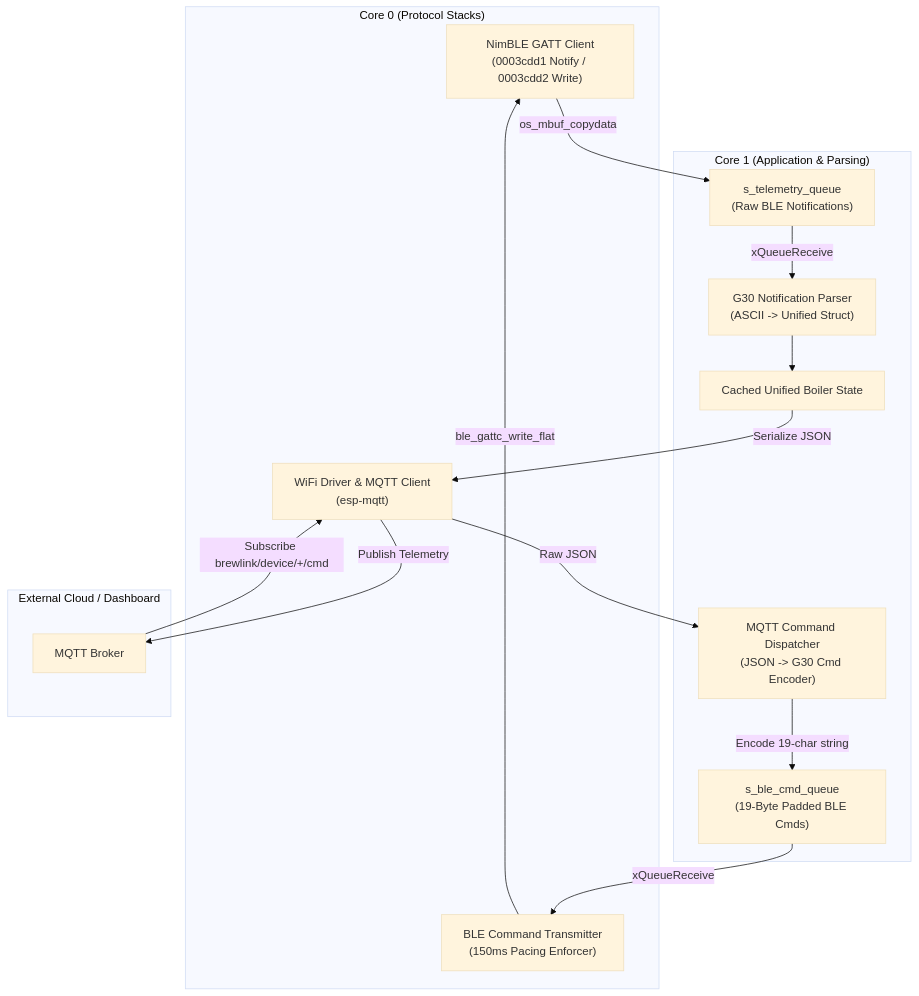
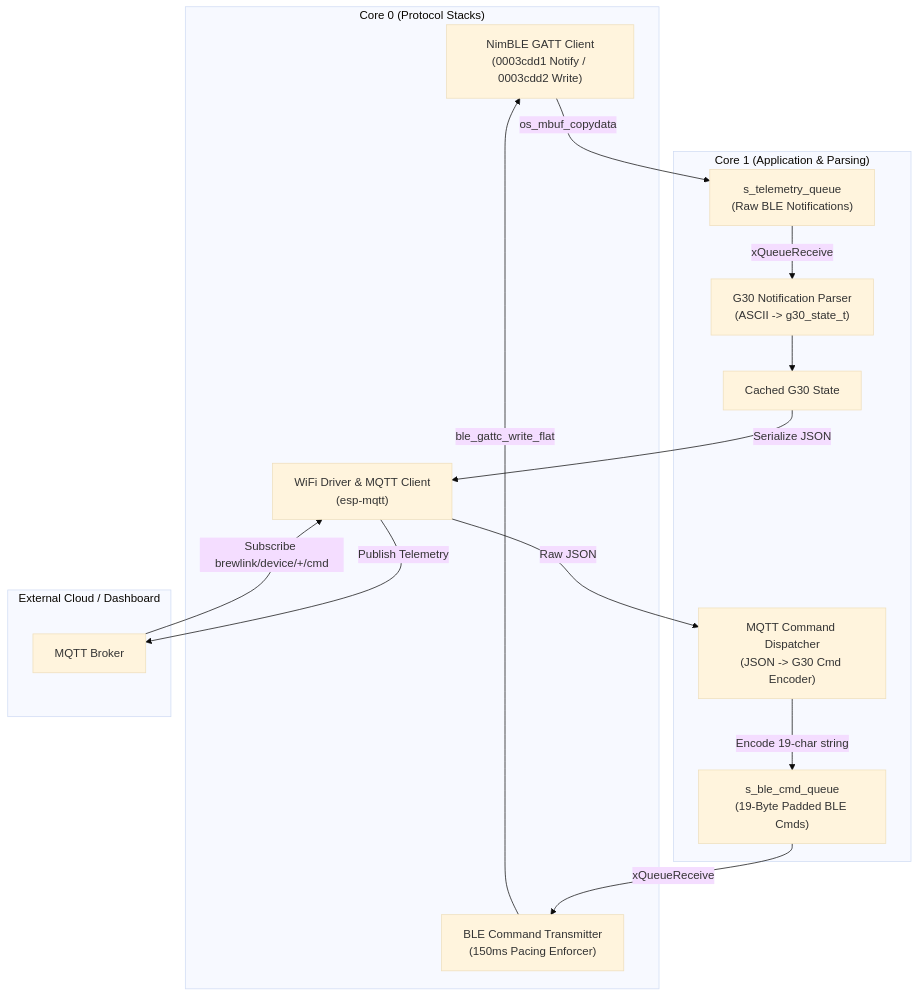
The second of 2 diagrams in .agents/skills/grainfather-g30-ble/SKILL.md (JakeMannen/BrewLink), drawn with Mermaid (base theme) before and after one commit. The commit also changed other lines of this file and 17 other files, not shown here.

First line of the commit message:
refactor: replace unified schema with per-equipment G30 schema

````diff
--- a/.agents/skills/grainfather-g30-ble/SKILL.md
+++ b/.agents/skills/grainfather-g30-ble/SKILL.md
@@ -326,32 +326,32 @@
 ```mermaid
 flowchart TD
     subgraph Core0["Core 0 (Protocol Stacks)"]
         BLE_GATT["NimBLE GATT Client<br/>(0003cdd1 Notify / 0003cdd2 Write)"]
         BLE_Cmd_Worker["BLE Command Transmitter<br/>(150ms Pacing Enforcer)"]
         WiFi_MQTT["WiFi Driver & MQTT Client<br/>(esp-mqtt)"]
     end
 
     subgraph Core1["Core 1 (Application & Parsing)"]
         Telem_Queue["s_telemetry_queue<br/>(Raw BLE Notifications)"]
         Cmd_Queue["s_ble_cmd_queue<br/>(19-Byte Padded BLE Cmds)"]
-        G30_Parser["G30 Notification Parser<br/>(ASCII -> Unified Struct)"]
+        G30_Parser["G30 Notification Parser<br/>(ASCII -> g30_state_t)"]
         Cmd_Dispatcher["MQTT Command Dispatcher<br/>(JSON -> G30 Cmd Encoder)"]
-        Unified_State["Cached Unified Boiler State"]
+        Unified_State["Cached G30 State"]
     end
 
     subgraph Dashboards["External Cloud / Dashboard"]
         MQTT_Broker["MQTT Broker"]
     end
 
     BLE_GATT -->|os_mbuf_copydata| Telem_Queue
     Telem_Queue -->|xQueueReceive| G30_Parser
     G30_Parser --> Unified_State
     Unified_State -->|Serialize JSON| WiFi_MQTT
     WiFi_MQTT -->|Publish Telemetry| MQTT_Broker
 
     MQTT_Broker -->|Subscribe brewlink/device/+/cmd| WiFi_MQTT
     WiFi_MQTT -->|Raw JSON| Cmd_Dispatcher
     Cmd_Dispatcher -->|Encode 19-char string| Cmd_Queue
     Cmd_Queue -->|xQueueReceive| BLE_Cmd_Worker
     BLE_Cmd_Worker -->|ble_gattc_write_flat| BLE_GATT
 ```
````
